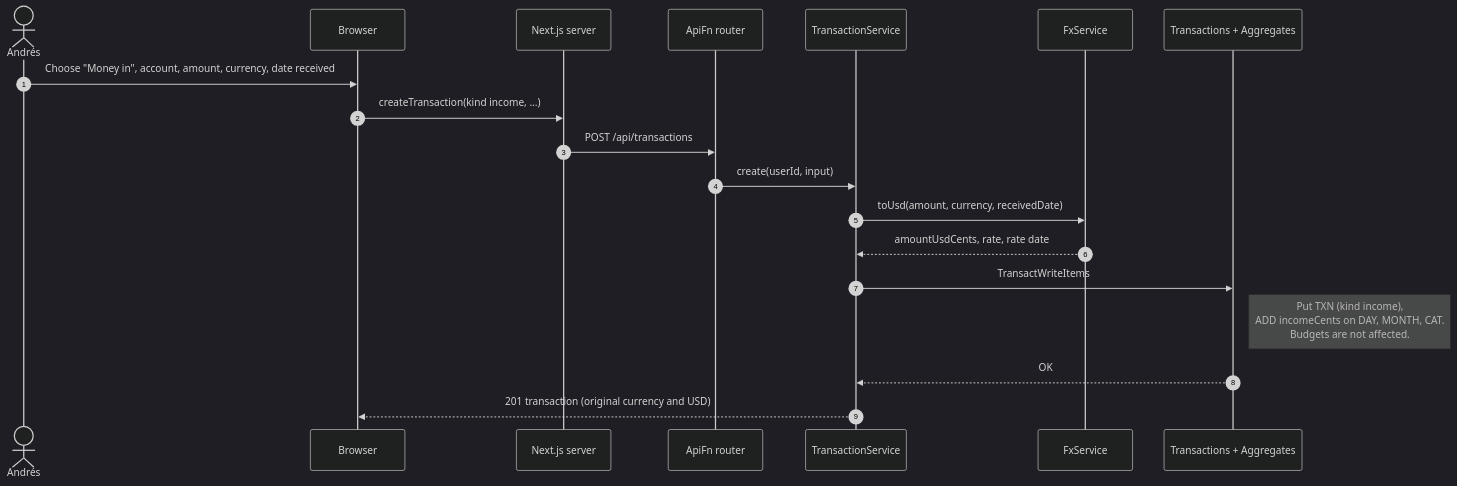
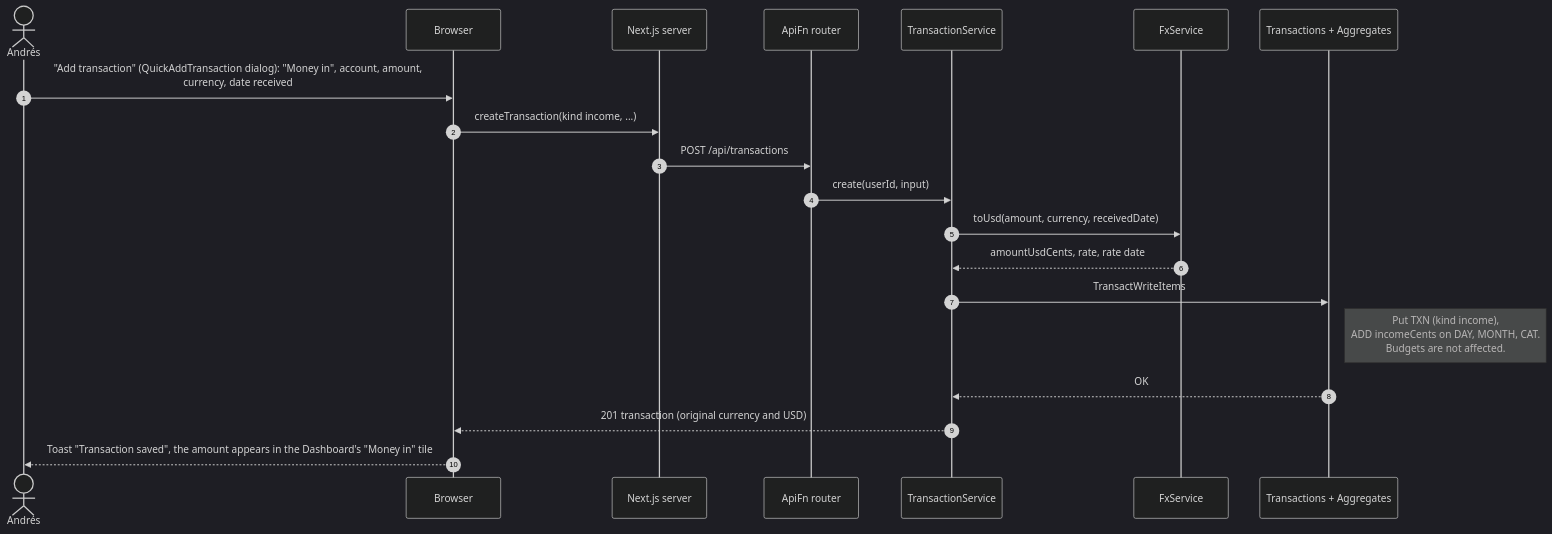
The fifth of 9 diagrams in docs/diagrams/sequences/01-accounts-and-ingestion.md (Ezequiel294/cs3365-finance-app), drawn with Mermaid (dark theme) before and after one commit. The commit also changed other lines of this file and 18 other files, not shown here.

Commit message:
attempt 3 design/architecture changes

````diff
--- a/docs/diagrams/sequences/01-accounts-and-ingestion.md
+++ b/docs/diagrams/sequences/01-accounts-and-ingestion.md
@@ -252,22 +258,23 @@
 ```mermaid
 sequenceDiagram
     autonumber
     actor U as Andrés
     participant UI as Browser
     participant Web as Next.js server
     participant API as ApiFn router
     participant TS as TransactionService
     participant Fx as FxService
     participant DB as Transactions + Aggregates
 
-    U->>UI: Choose "Money in", account, amount, currency, date received
+    U->>UI: "Add transaction" (QuickAddTransaction dialog): "Money in", account, amount,<br/>currency, date received
     UI->>Web: createTransaction(kind income, ...)
     Web->>API: POST /api/transactions
     API->>TS: create(userId, input)
     TS->>Fx: toUsd(amount, currency, receivedDate)
     Fx-->>TS: amountUsdCents, rate, rate date
     TS->>DB: TransactWriteItems
     Note right of DB: Put TXN (kind income),<br/>ADD incomeCents on DAY, MONTH, CAT.<br/>Budgets are not affected.
     DB-->>TS: OK
     TS-->>UI: 201 transaction (original currency and USD)
+    UI-->>U: Toast "Transaction saved", the amount appears in the Dashboard's "Money in" tile
 ```
````
